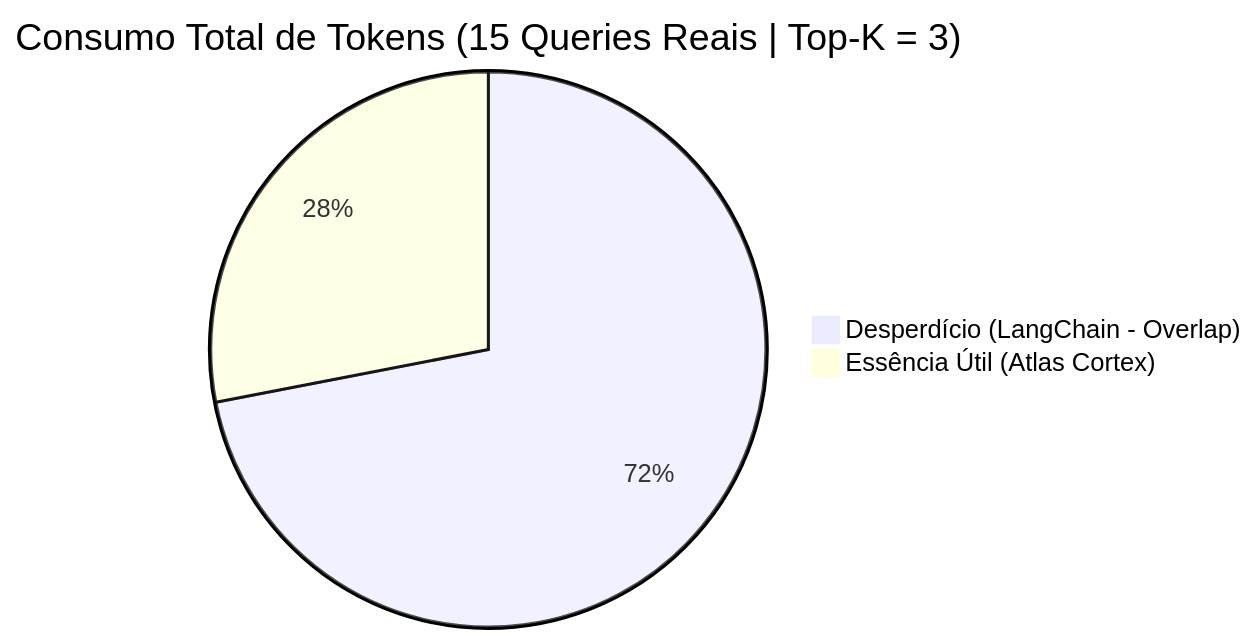
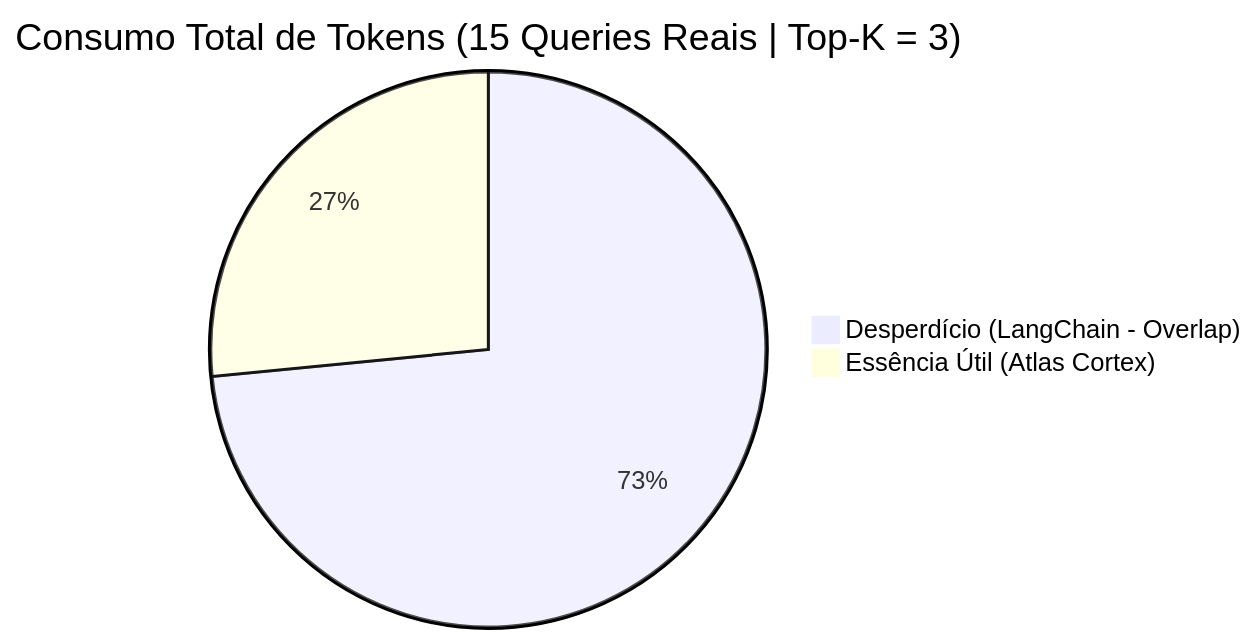
Before and after one commit to icaroths/Atlas-Cortex: the diagram in README.md, drawn with Mermaid. The commit also changed other lines of this file and 274 other files, not shown here.

````diff
--- a/README.md
+++ b/README.md
@@ -79,5 +79,5 @@
 ```mermaid
 pie title Consumo Total de Tokens (15 Queries Reais | Top-K = 3)
-    "Desperdício (LangChain - Overlap)" : 8949
-    "Essência Útil (Atlas Cortex)" : 3488
+    "Desperdício (LangChain - Overlap)" : 9254
+    "Essência Útil (Atlas Cortex)" : 3345
 ```
````
